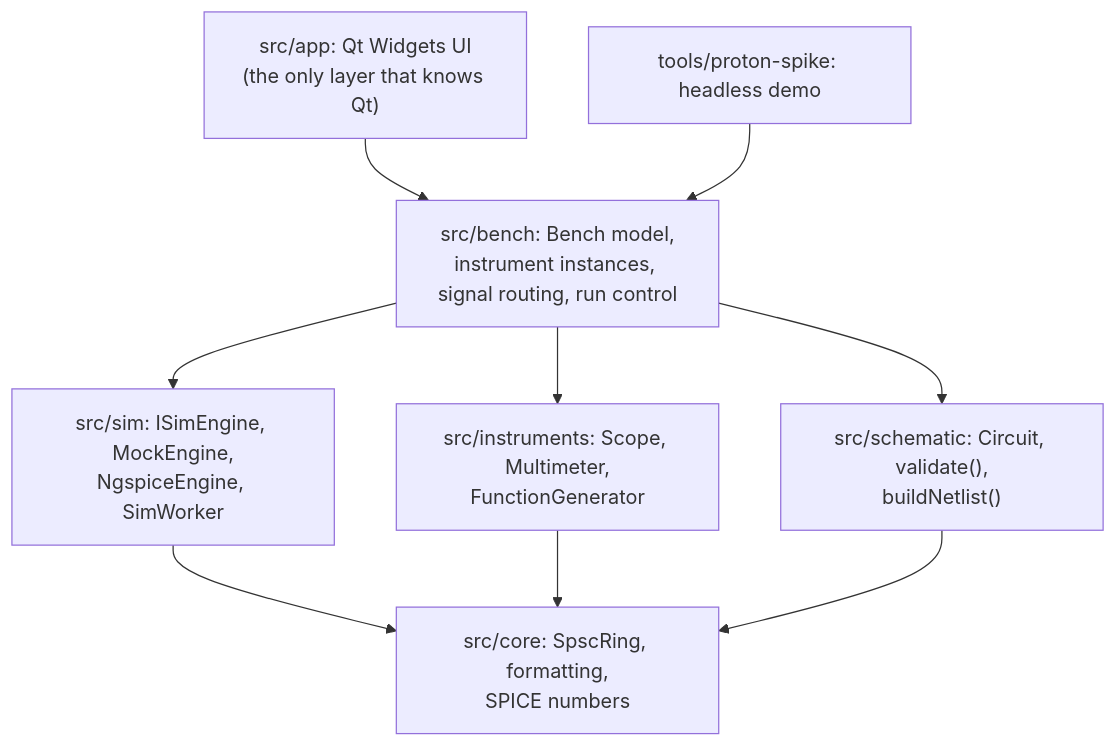
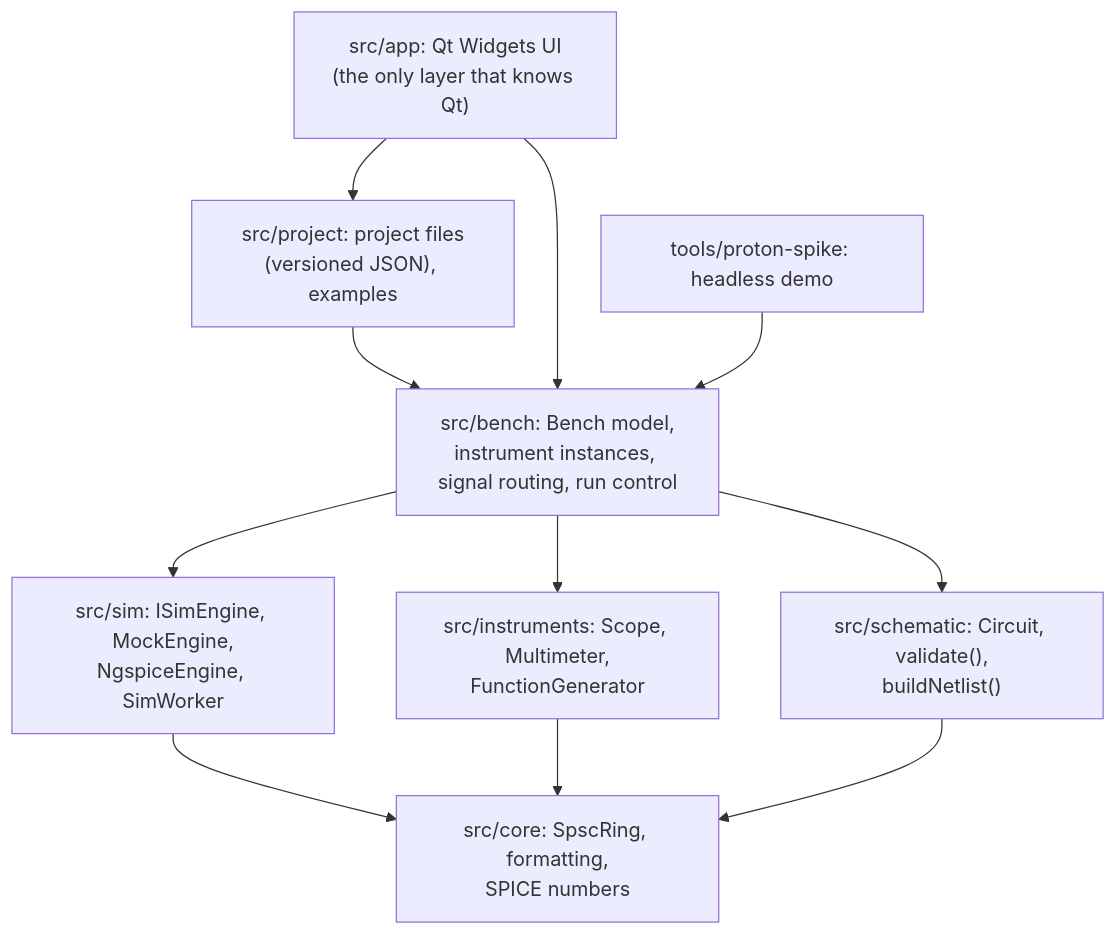
One commit to sergiorf/proton changed the first of 3 diagrams in docs/ARCHITECTURE.md. Above: the diagram before and after it, drawn with Mermaid. The commit also changed other lines of this file and 40 other files, not shown here.

````diff
--- a/docs/ARCHITECTURE.md
+++ b/docs/ARCHITECTURE.md
@@ -36,16 +36,18 @@
 ```mermaid
 flowchart TB
   app["src/app: Qt Widgets UI<br/>(the only layer that knows Qt)"]
+  project["src/project: project files<br/>(versioned JSON), examples"]
   bench["src/bench: Bench model,<br/>instrument instances, signal routing, run control"]
   tools["tools/proton-spike: headless demo"]
   sim["src/sim: ISimEngine, MockEngine,<br/>NgspiceEngine, SimWorker"]
   ins["src/instruments: Scope, Multimeter,<br/>FunctionGenerator"]
   sch["src/schematic: Circuit, validate(),<br/>buildNetlist()"]
   core["src/core: SpscRing, formatting,<br/>SPICE numbers"]
+  app --> project --> bench
   app --> bench
   tools --> bench
   bench --> sim & ins & sch
   sim --> core
   ins --> core
   sch --> core
 ```
````
